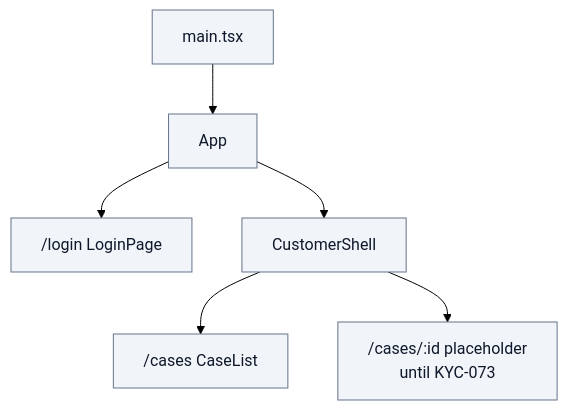
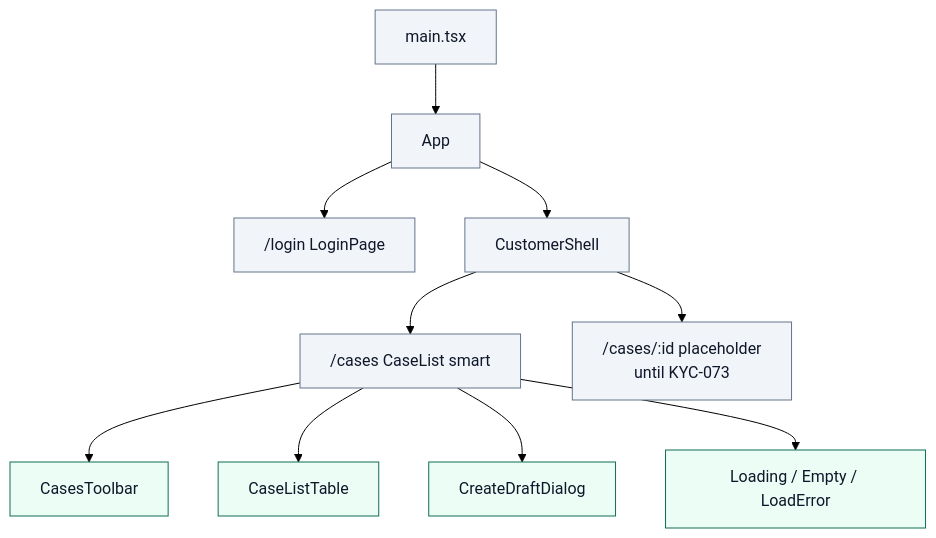
One commit to SDS37/kyc-multi-frontend changed the second of 2 diagrams in docs/frontend-code-standards.md. Above: the diagram before and after it, drawn with Mermaid (forest theme). The commit also changed 16 other files, not shown here.

First line of the commit message:
refactor(react): split my-cases into smart/presentational leaves

````diff
--- a/docs/frontend-code-standards.md
+++ b/docs/frontend-code-standards.md
@@ -441,11 +441,17 @@
 ```mermaid
 flowchart TB
   Main["main.tsx"] --> App["App"]
   App --> Login["/login LoginPage"]
   App --> Shell["CustomerShell"]
-  Shell --> Cases["/cases CaseList"]
+  Shell --> Cases["/cases CaseList smart"]
   Shell --> Draft["/cases/:id placeholder<br/>until KYC-073"]
+  Cases --> Toolbar["CasesToolbar"]
+  Cases --> Table["CaseListTable"]
+  Cases --> Dialog["CreateDraftDialog"]
+  Cases --> Status["Loading / Empty / LoadError"]
 
   classDef now fill:#f1f5f9,stroke:#64748b,color:#0f172a
+  classDef leaf fill:#ecfdf5,stroke:#0f6e56,color:#0f172a
   class Main,App,Login,Shell,Cases,Draft now
+  class Toolbar,Table,Dialog,Status leaf
 ```
````
